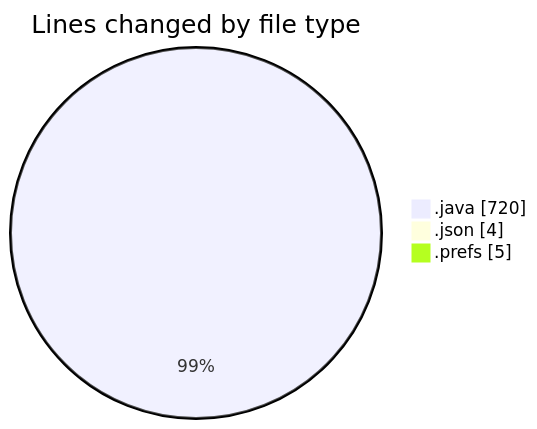
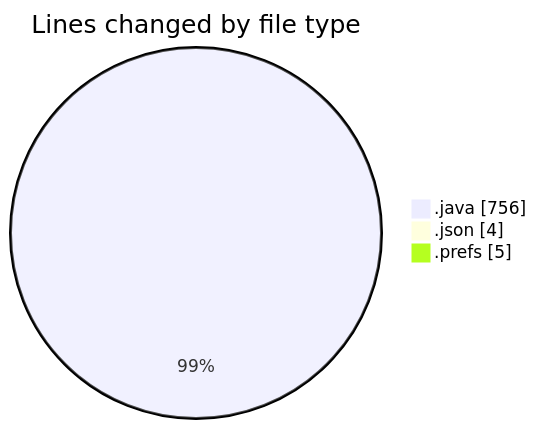
Before and after one commit to ricardozamudiocil/code-tracking: the first of 2 diagrams in 2026-04-24/cilwebcustomercomunication/README.md, drawn with Mermaid. The commit also changed other lines of this file and 1 other file, not shown here.

````diff
--- a/2026-04-24/cilwebcustomercomunication/README.md
+++ b/2026-04-24/cilwebcustomercomunication/README.md
@@ -25,7 +25,7 @@
 ```mermaid
 pie showData
 title Lines changed by file type
-".java" : 720
+".java" : 756
 ".json" : 4
 ".prefs" : 5
 ```
````
